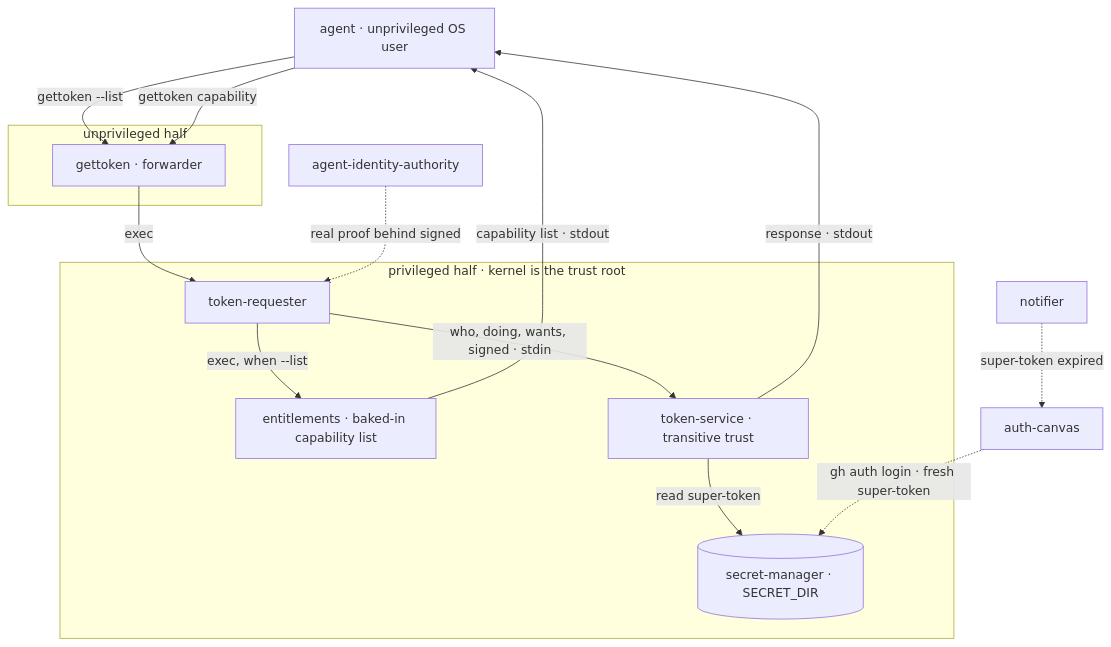
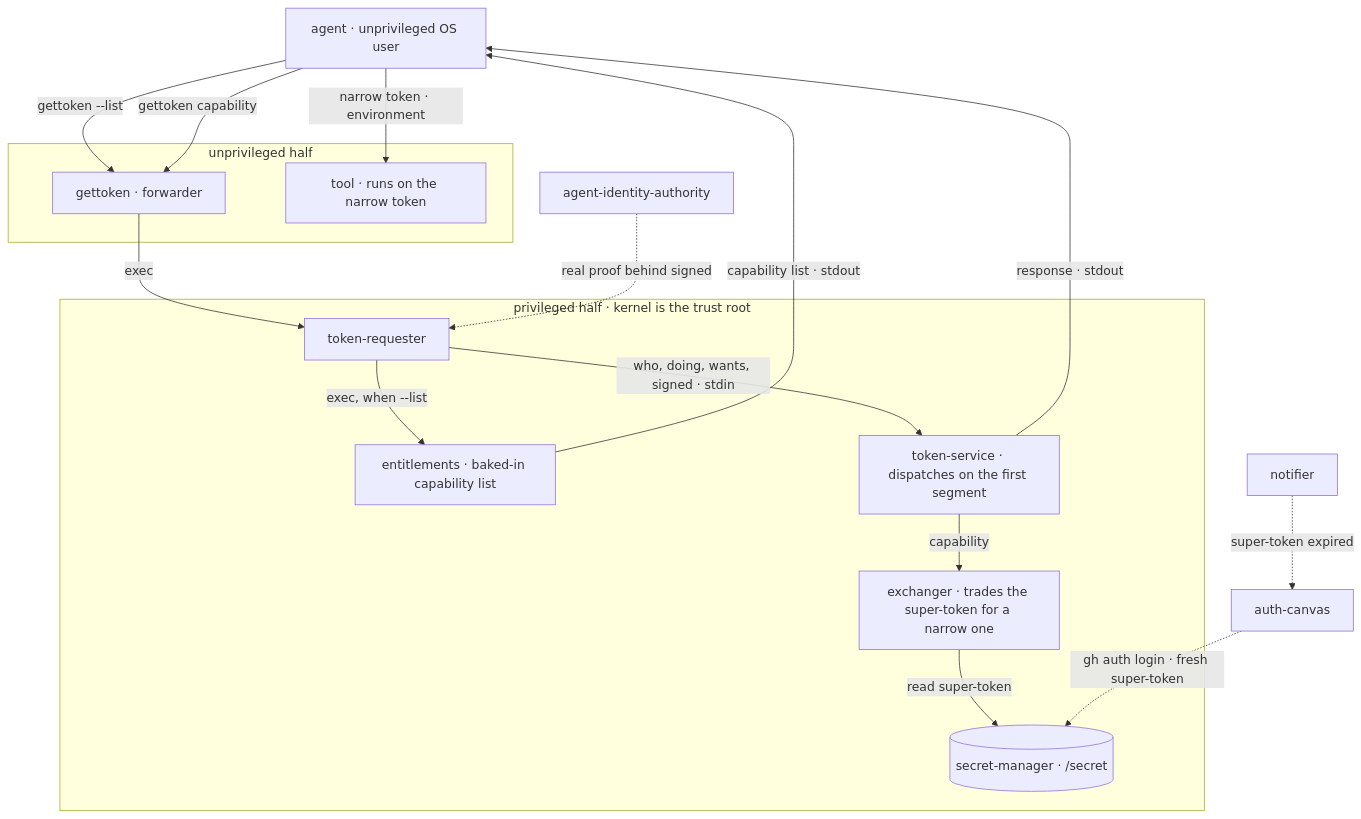
The first of 2 diagrams in README.md (thruput-io/gettoken), drawn with Mermaid before and after one commit. The commit also changed other lines of this file and 10 other files, not shown here.

First line of the commit message:
Exchange the super-token on a test capability, and build the wire with a parser (#18)

````diff
--- a/README.md
+++ b/README.md
@@ -50,28 +51,32 @@
 ```mermaid
 flowchart TD
   AG["agent · unprivileged OS user"]
 
   subgraph UNPRIV["unprivileged half"]
     GT["gettoken · forwarder"]
+    TL["tool · runs on the narrow token"]
   end
 
   subgraph PRIV["privileged half · kernel is the trust root"]
     TR["token-requester"]
     EN["entitlements · baked-in capability list"]
-    TS["token-service · transitive trust"]
-    SM[("secret-manager · SECRET_DIR")]
+    TS["token-service · dispatches on the first segment"]
+    EX["exchanger · trades the super-token for a narrow one"]
+    SM[("secret-manager · /secret")]
   end
 
   AG -->|"gettoken --list"| GT
   AG -->|"gettoken capability"| GT
   GT -->|"exec"| TR
   TR -->|"exec, when --list"| EN
   TR -->|"who, doing, wants, signed · stdin"| TS
-  TS -->|"read super-token"| SM
+  TS -->|"capability"| EX
+  EX -->|"read super-token"| SM
   EN -->|"capability list · stdout"| AG
   TS -->|"response · stdout"| AG
+  AG -->|"narrow token · environment"| TL
 
   NF["notifier"] -.->|"super-token expired"| AC["auth-canvas"]
   AC -.->|"gh auth login · fresh super-token"| SM
   AIA["agent-identity-authority"] -.->|"real proof behind signed"| TR
 ```
````
